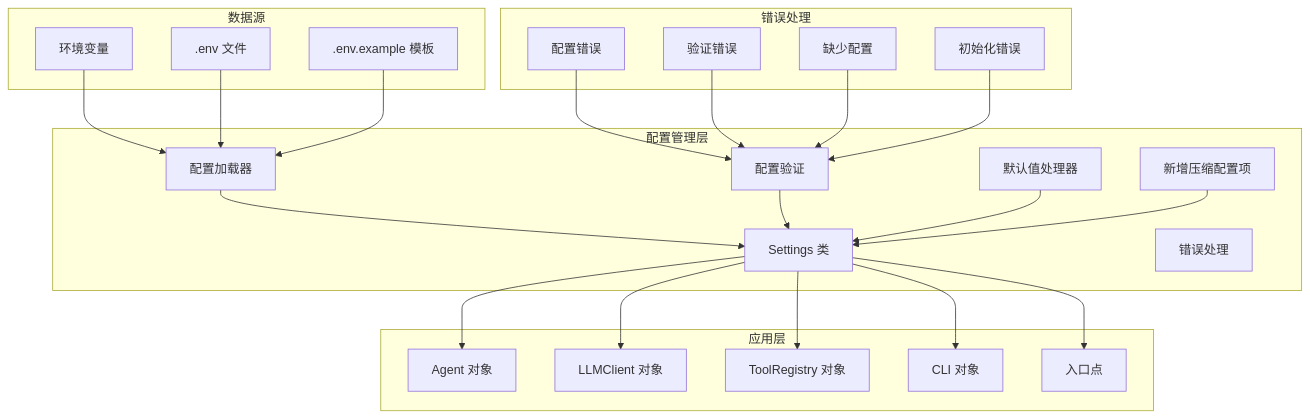
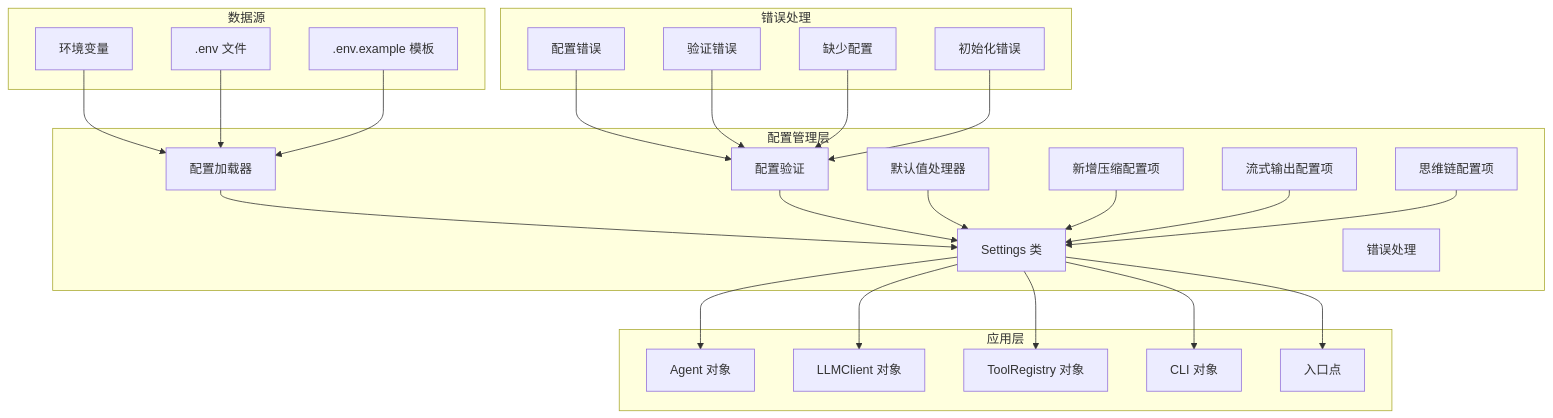
Before and after one commit to 250shiwo/MySmallAgent: the third of 7 diagrams in .qoder/repowiki/zh/content/核心模块详解/配置管理系统.md, drawn with Mermaid. The commit also changed other lines of this file and 28 other files, not shown here.

````diff
--- a/.qoder/repowiki/zh/content/核心模块详解/配置管理系统.md
+++ b/.qoder/repowiki/zh/content/核心模块详解/配置管理系统.md
@@ -172,45 +172,49 @@
 ```mermaid
 graph TB
 subgraph "配置管理层"
 SettingsClass[Settings 类]
 ConfigLoader[配置加载器]
 Validation[配置验证]
 DefaultHandler[默认值处理器]
 ErrorHandling[错误处理]
 CompressionFields[新增压缩配置项]
+StreamingFields[流式输出配置项]
+ThinkingFields[思维链配置项]
 end
 subgraph "数据源"
 EnvSource[环境变量]
 DotEnv[.env 文件]
 EnvExample[.env.example 模板]
 end
 subgraph "应用层"
 Agent[Agent 对象]
 LLMClient[LLMClient 对象]
 ToolRegistry[ToolRegistry 对象]
 CLI[CLI 对象]
 Main[入口点]
 end
 subgraph "错误处理"
 ConfigError[配置错误]
 ValidationError[验证错误]
 MissingConfig[缺少配置]
 InitError[初始化错误]
 end
 EnvSource --> ConfigLoader
 DotEnv --> ConfigLoader
 EnvExample --> ConfigLoader
 ConfigLoader --> SettingsClass
 Validation --> SettingsClass
 DefaultHandler --> SettingsClass
 CompressionFields --> SettingsClass
+StreamingFields --> SettingsClass
+ThinkingFields --> SettingsClass
 SettingsClass --> Agent
 SettingsClass --> LLMClient
 SettingsClass --> ToolRegistry
 SettingsClass --> CLI
 SettingsClass --> Main
 ConfigError --> Validation
 ValidationError --> Validation
 MissingConfig --> Validation
 InitError --> Validation
 ```
````
